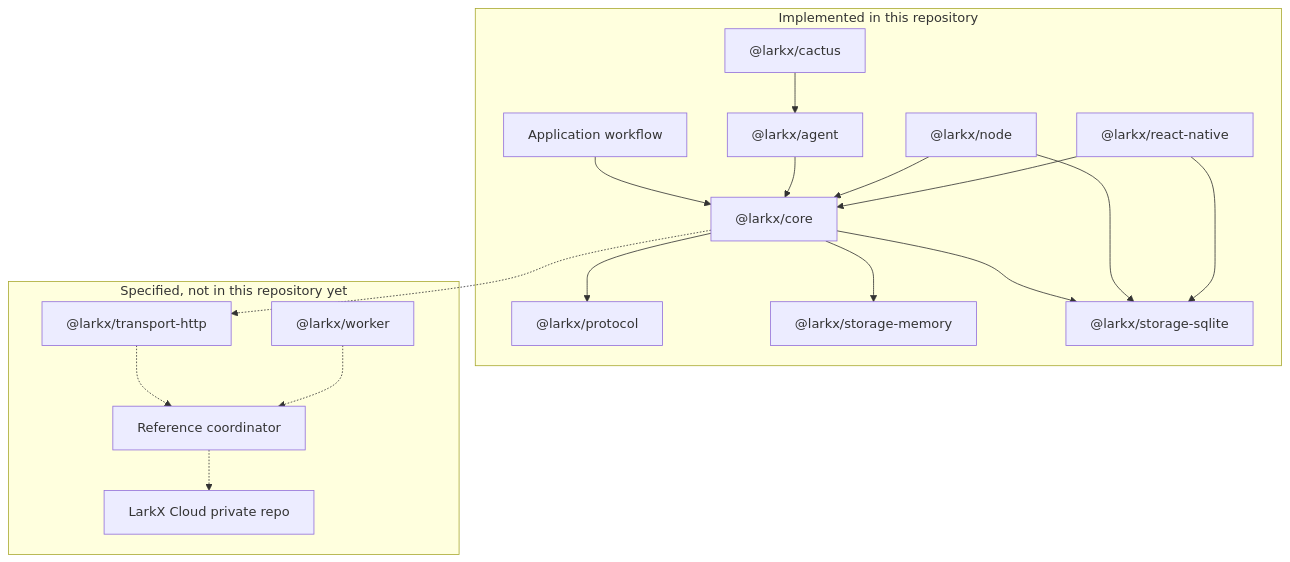
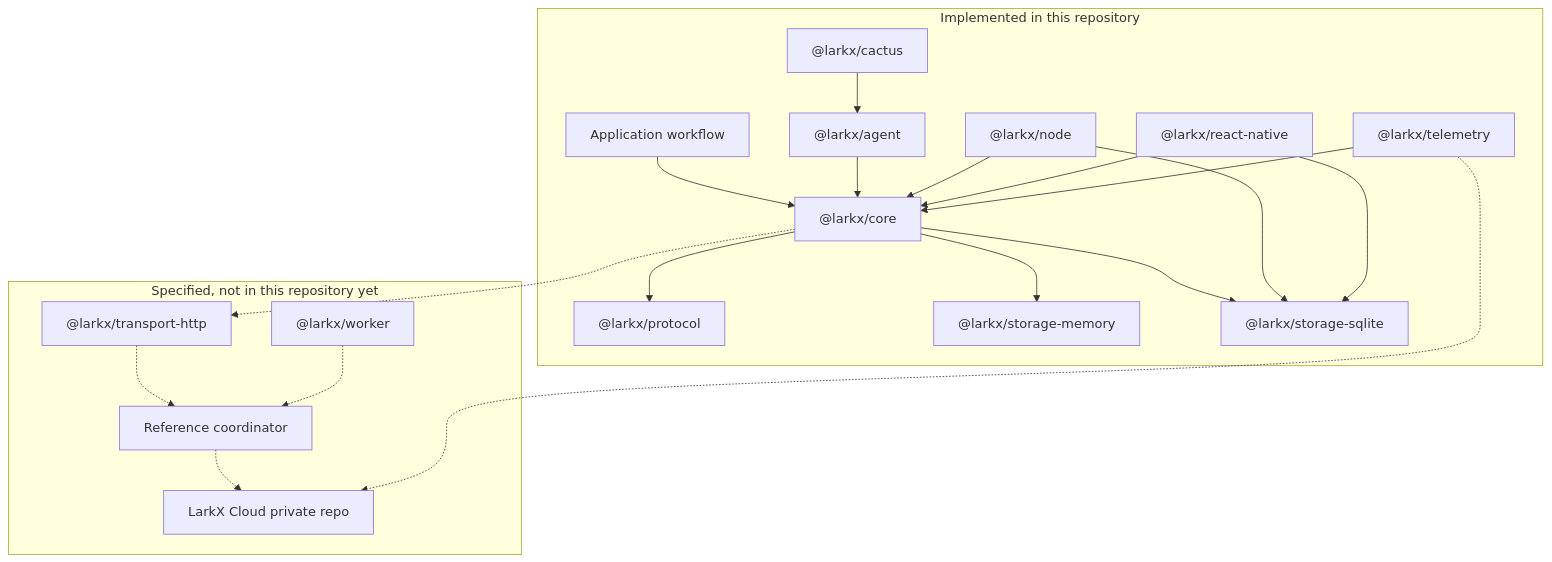
One commit to larkxai/larkx changed the diagram in README.md. Above: the diagram before and after it, drawn with Mermaid. The commit also changed other lines of this file and 44 other files, not shown here.

````diff
--- a/README.md
+++ b/README.md
@@ -139,36 +140,39 @@
 ```mermaid
 flowchart TB
   subgraph implemented [Implemented in this repository]
     app[Application workflow]
     core["@larkx/core"]
     protocol["@larkx/protocol"]
     memory["@larkx/storage-memory"]
     sqlite["@larkx/storage-sqlite"]
     node["@larkx/node"]
     rn["@larkx/react-native"]
     agent["@larkx/agent"]
     cactus["@larkx/cactus"]
+    telemetry["@larkx/telemetry"]
     app --> core
     agent --> core
     core --> protocol
     core --> memory
     core --> sqlite
     node --> sqlite
     node --> core
     rn --> sqlite
     rn --> core
     cactus --> agent
+    telemetry --> core
   end
 
   subgraph later [Specified, not in this repository yet]
     transport["@larkx/transport-http"]
     worker["@larkx/worker"]
     coordinator[Reference coordinator]
     cloud[LarkX Cloud private repo]
   end
 
   core -.-> transport
   transport -.-> coordinator
   worker -.-> coordinator
   coordinator -.-> cloud
+  telemetry -.-> cloud
 ```
````
